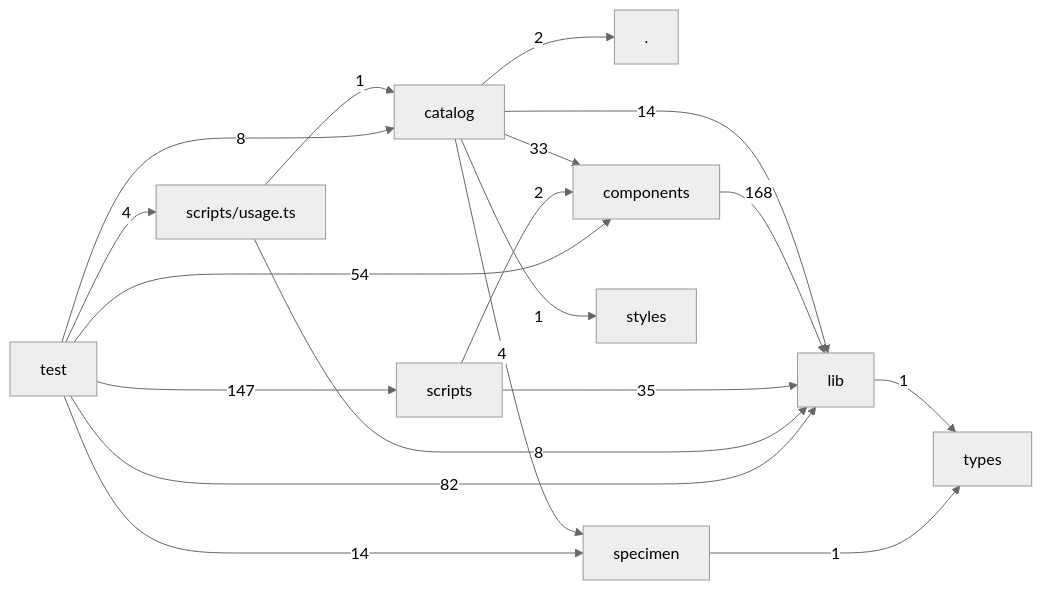
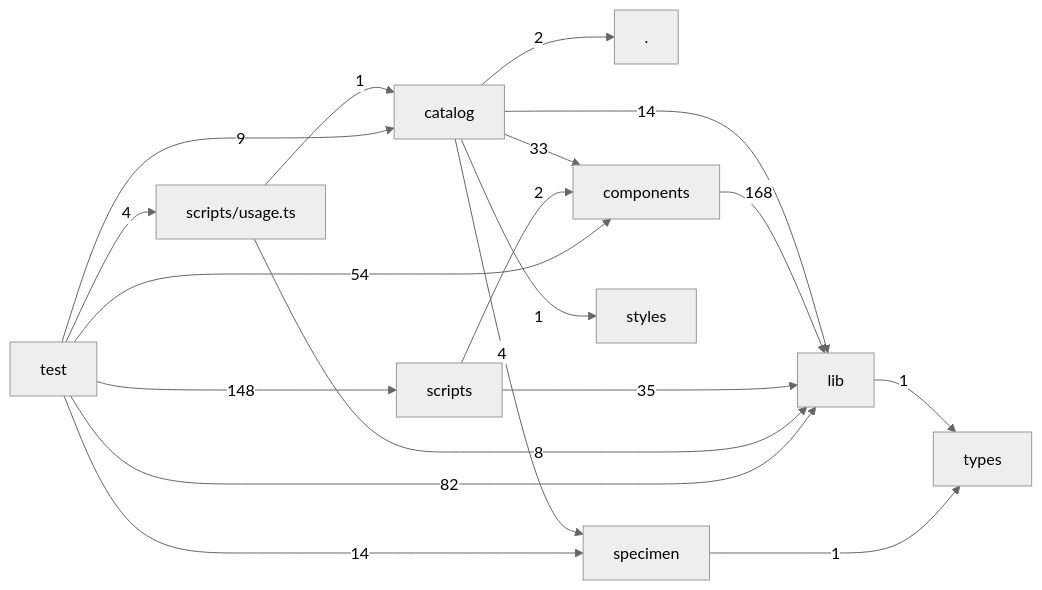
The diagram in docs/architecture/layers.md (hackersandwizards/slides), drawn with Mermaid (neutral theme) before and after one commit. The commit also changed 7 other files, not shown here.

````diff
--- a/docs/architecture/layers.md
+++ b/docs/architecture/layers.md
@@ -3,31 +3,31 @@
 ```mermaid
 graph LR
   L0["."]
   L1["catalog"]
   L2["components"]
   L3["lib"]
   L4["scripts"]
   L5["scripts/usage.ts"]
   L6["specimen"]
   L7["styles"]
   L8["test"]
   L9["types"]
   L1 -->|2| L0
   L1 -->|33| L2
   L1 -->|14| L3
   L1 -->|4| L6
   L1 -->|1| L7
   L2 -->|168| L3
   L3 -->|1| L9
   L4 -->|2| L2
   L4 -->|35| L3
   L5 -->|1| L1
   L5 -->|8| L3
   L6 -->|1| L9
-  L8 -->|8| L1
+  L8 -->|9| L1
   L8 -->|54| L2
   L8 -->|82| L3
-  L8 -->|147| L4
+  L8 -->|148| L4
   L8 -->|4| L5
   L8 -->|14| L6
 ```
````
